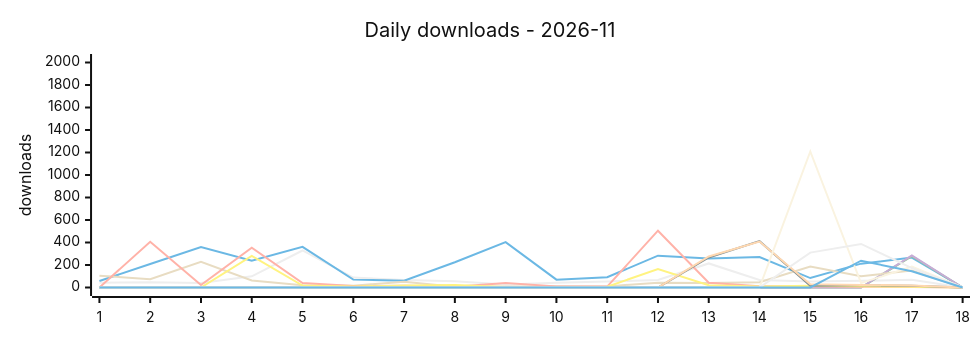
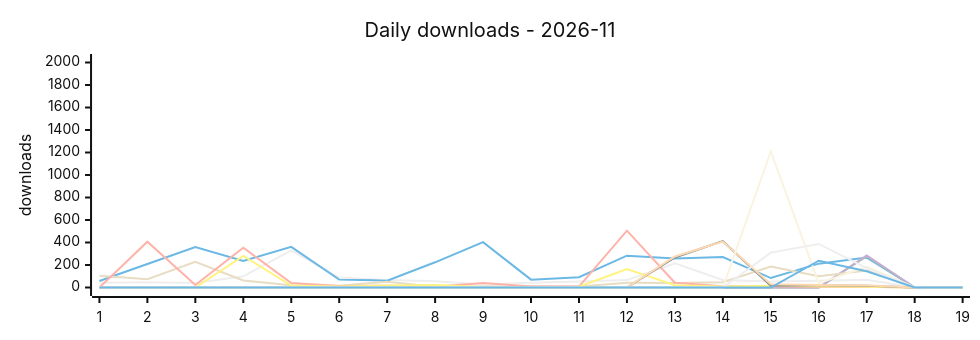
Before and after one commit to terry2010/npm-downloads-tracker: the first of 2 diagrams in DASHBOARD.md, drawn with Mermaid (neutral theme). The commit also changed other lines of this file and 1 other file, not shown here.

````diff
--- a/DASHBOARD.md
+++ b/DASHBOARD.md
@@ -43,19 +43,19 @@
 ```mermaid
 %%{init: {'xyChart': {'width': 960, 'height': 320}}}%%
 xychart-beta
     title "Daily downloads - 2026-11"
-    x-axis ["1", "2", "3", "4", "5", "6", "7", "8", "9", "10", "11", "12", "13", "14", "15", "16", "17", "18"]
+    x-axis ["1", "2", "3", "4", "5", "6", "7", "8", "9", "10", "11", "12", "13", "14", "15", "16", "17", "18", "19"]
     y-axis "downloads" 0 --> 2000
-    line "dsh-loop-recover" [43, 46, 39, 99, 329, 88, 66, 56, 27, 42, 54, 66, 214, 67, 53, 59, 69, 0]
-    line "dsh-rss-news-daily" [58, 209, 359, 237, 361, 70, 61, 224, 403, 70, 91, 283, 258, 271, 84, 212, 266, 0]
-    line "dsh-rss-news-flash-kuaixun" [0, 0, 0, 0, 0, 0, 0, 0, 0, 0, 0, 0, 0, 0, 0, 0, 279, 0]
-    line "dsh-rss-news-browser-fetch" [0, 0, 0, 0, 0, 0, 0, 0, 0, 0, 0, 0, 0, 0, 0, 0, 284, 0]
-    line "opencode-loop-recover" [105, 74, 228, 63, 19, 16, 52, 6, 10, 11, 10, 43, 41, 47, 187, 100, 151, 0]
-    line "oc-market-quail-zephyr-72a0" [0, 407, 22, 354, 39, 14, 15, 7, 40, 10, 8, 505, 43, 12, 11, 6, 5, 0]
-    line "awesome-opencode-market" [0, 0, 0, 280, 17, 9, 17, 22, 4, 1, 7, 164, 21, 10, 15, 10, 7, 0]
-    line "surfbird" [0, 0, 0, 0, 0, 0, 0, 0, 0, 0, 0, 0, 267, 412, 16, 19, 15, 0]
-    line "surfbird-mcp" [0, 0, 0, 0, 0, 0, 0, 0, 0, 0, 0, 0, 276, 408, 28, 23, 18, 0]
-    line "dsh-control-surfbird-for-kitesurf" [0, 0, 0, 0, 0, 0, 0, 0, 0, 0, 0, 0, 0, 0, 1209, 39, 186, 0]
-    line "opencode-control-surfbird-for-kitesurf" [0, 0, 0, 0, 0, 0, 0, 0, 0, 0, 0, 0, 0, 0, 310, 387, 173, 0]
-    line "pi-control-surfbird-for-kitesurf" [0, 0, 0, 0, 0, 0, 0, 0, 0, 0, 0, 0, 0, 0, 0, 238, 144, 0]
+    line "dsh-loop-recover" [43, 46, 39, 99, 329, 88, 66, 56, 27, 42, 54, 66, 214, 67, 53, 59, 69, 0, 0]
+    line "dsh-rss-news-daily" [58, 209, 359, 237, 361, 70, 61, 224, 403, 70, 91, 283, 258, 271, 84, 212, 266, 0, 0]
+    line "dsh-rss-news-flash-kuaixun" [0, 0, 0, 0, 0, 0, 0, 0, 0, 0, 0, 0, 0, 0, 0, 0, 279, 0, 0]
+    line "dsh-rss-news-browser-fetch" [0, 0, 0, 0, 0, 0, 0, 0, 0, 0, 0, 0, 0, 0, 0, 0, 284, 0, 0]
+    line "opencode-loop-recover" [105, 74, 228, 63, 19, 16, 52, 6, 10, 11, 10, 43, 41, 47, 187, 100, 151, 0, 0]
+    line "oc-market-quail-zephyr-72a0" [0, 407, 22, 354, 39, 14, 15, 7, 40, 10, 8, 505, 43, 12, 11, 6, 5, 0, 0]
+    line "awesome-opencode-market" [0, 0, 0, 280, 17, 9, 17, 22, 4, 1, 7, 164, 21, 10, 15, 10, 7, 0, 0]
+    line "surfbird" [0, 0, 0, 0, 0, 0, 0, 0, 0, 0, 0, 0, 267, 412, 16, 19, 15, 0, 0]
+    line "surfbird-mcp" [0, 0, 0, 0, 0, 0, 0, 0, 0, 0, 0, 0, 276, 408, 28, 23, 18, 0, 0]
+    line "dsh-control-surfbird-for-kitesurf" [0, 0, 0, 0, 0, 0, 0, 0, 0, 0, 0, 0, 0, 0, 1209, 39, 186, 0, 0]
+    line "opencode-control-surfbird-for-kitesurf" [0, 0, 0, 0, 0, 0, 0, 0, 0, 0, 0, 0, 0, 0, 310, 387, 173, 0, 0]
+    line "pi-control-surfbird-for-kitesurf" [0, 0, 0, 0, 0, 0, 0, 0, 0, 0, 0, 0, 0, 0, 0, 238, 144, 0, 0]
 ```
````
